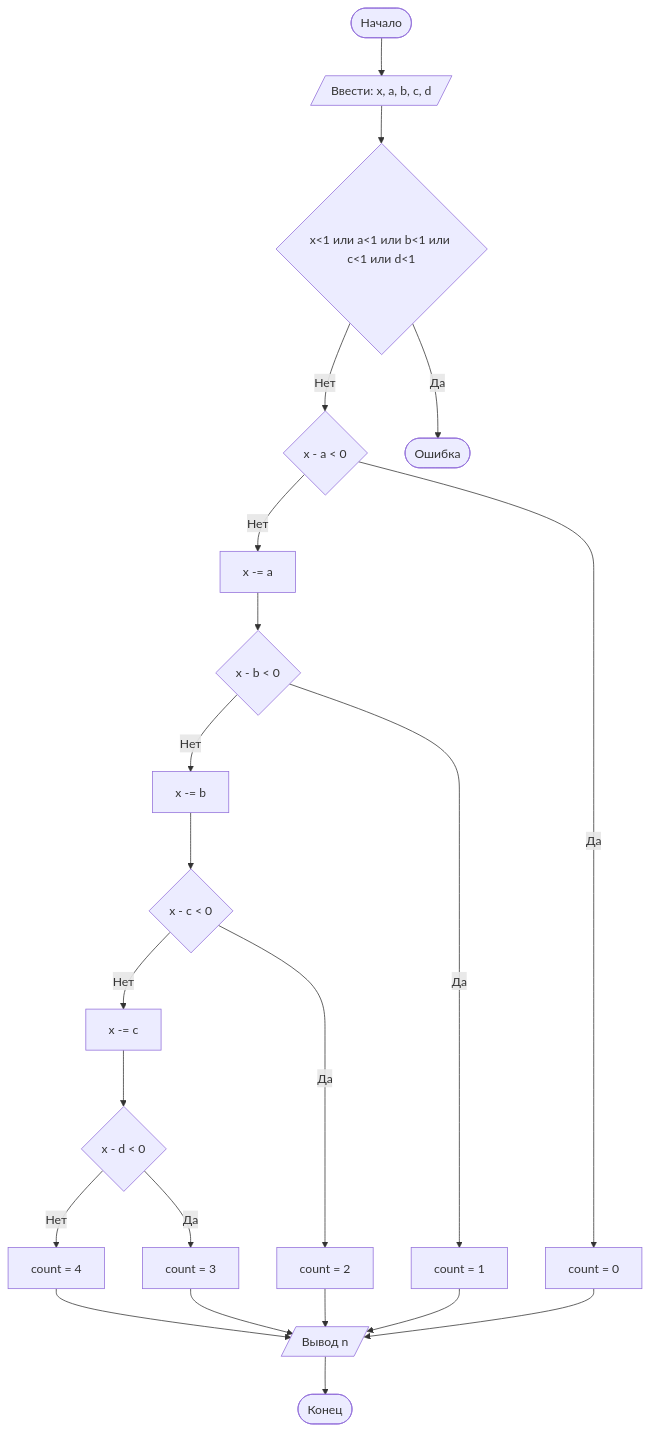
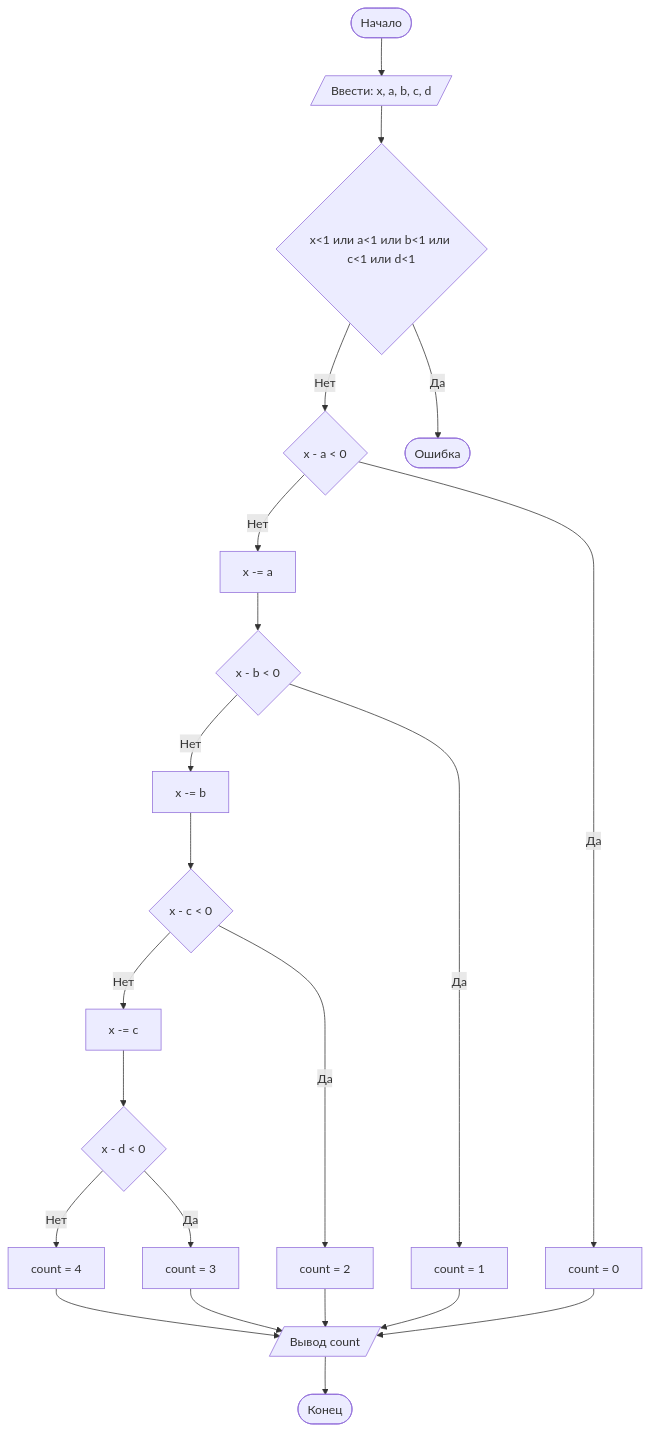
Before and after one commit to Leonidas6310/Lab1: the diagram in README.md, drawn with Mermaid.

````diff
--- a/README.md
+++ b/README.md
@@ -107,24 +107,24 @@
 ```mermaid
 flowchart TD
     A([Начало]) --> B[/Ввести: x, a, b, c, d/]
     B --> C{x<1 или a<1 или b<1 или c<1 или d<1}
     C -- Нет --> D{x - a < 0}
     C -- Да --> E([Ошибка])
     D -- Нет --> F[x -= a]
     D -- Да --> G[count = 0]
     F --> H{x - b < 0}
     H -- Нет --> I[x -= b]
     H -- Да --> J[count = 1]
     I --> K{x - c < 0}
     K -- Нет --> L[x -= c]
     K -- Да --> M[count = 2]
     L --> N{x - d < 0}
     N -- Нет --> O[count = 4]
     N -- Да --> P[count = 3]
-    G --> Q[/Вывод n/]
+    G --> Q[/Вывод count/]
     M --> Q
     J --> Q
     O --> Q
     P --> Q
     Q --> R([Конец])
 ```
````
